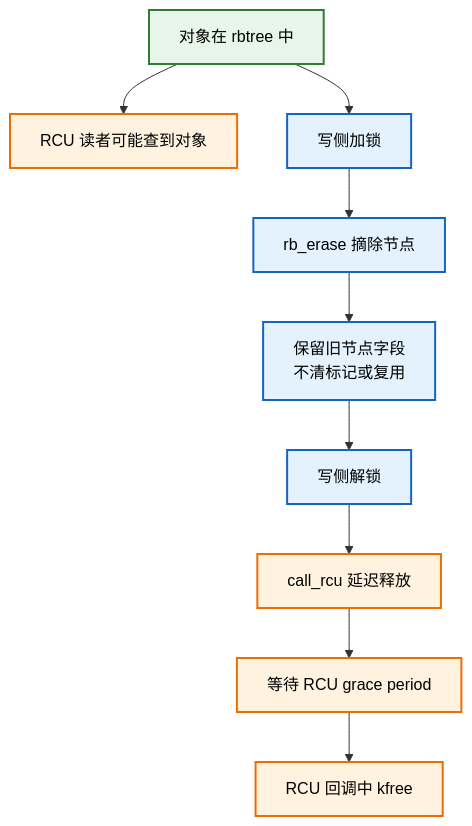
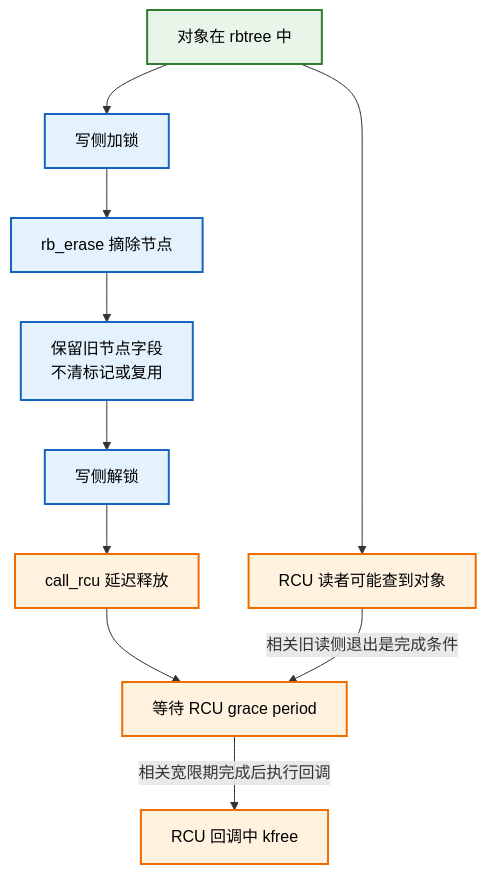
Before and after one commit to FormingSystem/linux_note: diagram 20 of 25 in knowledge/linux/data_structures/红黑树_rb-tree/P09_Linux_6.12_内核_rbtree_嵌入式节点与使用者接口.md, drawn with Mermaid. The commit also changed other lines of this file and 6 other files, not shown here.

````diff
--- a/knowledge/linux/data_structures/红黑树_rb-tree/P09_Linux_6.12_内核_rbtree_嵌入式节点与使用者接口.md
+++ b/knowledge/linux/data_structures/红黑树_rb-tree/P09_Linux_6.12_内核_rbtree_嵌入式节点与使用者接口.md
@@ -1587,30 +1594,31 @@
 ```mermaid
 graph TD
 	in_tree["对象在 rbtree 中"]
 	rcu_reader["RCU 读者可能查到对象"]
 	writer_lock["写侧加锁"]
 	erase_obj["rb_erase 摘除节点"]
 	clear_obj["保留旧节点字段<br/>不清标记或复用"]
 	unlock_writer["写侧解锁"]
 	call_rcu_node["call_rcu 延迟释放"]
 	grace_period["等待 RCU grace period"]
 	rcu_free["RCU 回调中 kfree"]
 
 	in_tree --> rcu_reader
 	in_tree --> writer_lock
 	writer_lock --> erase_obj
 	erase_obj --> clear_obj
 	clear_obj --> unlock_writer
 	unlock_writer --> call_rcu_node
 	call_rcu_node --> grace_period
-	grace_period --> rcu_free
+	rcu_reader -->|相关旧读侧退出是完成条件| grace_period
+	grace_period -->|相关宽限期完成后执行回调| rcu_free
 
 	classDef state fill:#e8f5e9,stroke:#2e7d32,color:#000,stroke-width:2px;
 	classDef writer fill:#e3f2fd,stroke:#1565c0,color:#000,stroke-width:2px;
 	classDef rcu fill:#fff3e0,stroke:#ef6c00,color:#000,stroke-width:2px;
 	classDef danger fill:#ffebee,stroke:#c62828,color:#000,stroke-width:2px;
 
 	class in_tree state;
 	class writer_lock,erase_obj,clear_obj,unlock_writer writer;
 	class rcu_reader,call_rcu_node,grace_period,rcu_free rcu;
 ```
````
